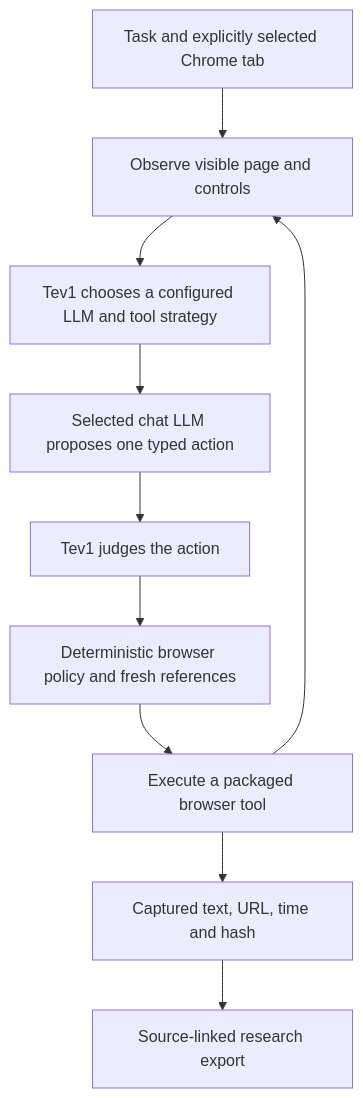
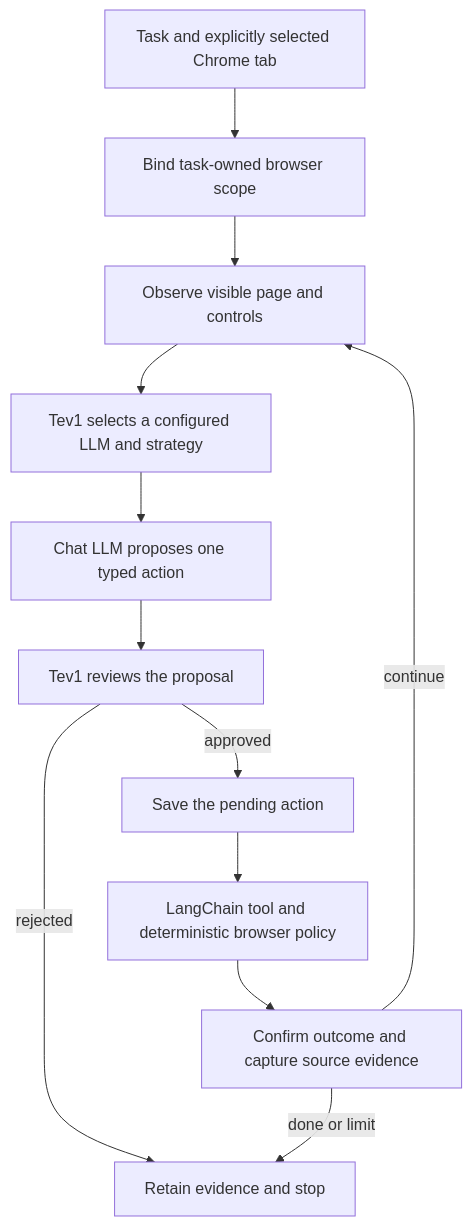
The diagram in README.md (aimanyounises1/ollama-copilot), drawn with Mermaid before and after one commit. The commit also changed other lines of this file and 24 other files, not shown here.

Commit message:
Build Chrome workflow with LangChain and LangGraph

````diff
--- a/README.md
+++ b/README.md
@@ -9,12 +9,14 @@
 ```mermaid
 flowchart TD
-  Task[Task and explicitly selected Chrome tab] --> Observe[Observe visible page and controls]
-  Observe --> Route[Tev1 chooses a configured LLM and tool strategy]
-  Route --> Plan[Selected chat LLM proposes one typed action]
-  Plan --> Judge[Tev1 judges the action]
-  Judge --> Policy[Deterministic browser policy and fresh references]
-  Policy --> Execute[Execute a packaged browser tool]
-  Execute --> Observe
-  Execute --> Capture[Captured text, URL, time and hash]
-  Capture --> Export[Source-linked research export]
+  Task[Task and explicitly selected Chrome tab] --> Bind[Bind task-owned browser scope]
+  Bind --> Observe[Observe visible page and controls]
+  Observe --> Route[Tev1 selects a configured LLM and strategy]
+  Route --> Plan[Chat LLM proposes one typed action]
+  Plan --> Judge[Tev1 reviews the proposal]
+  Judge -->|approved| Checkpoint[Save the pending action]
+  Judge -->|rejected| Finish[Retain evidence and stop]
+  Checkpoint --> Tool[LangChain tool and deterministic browser policy]
+  Tool --> Capture[Confirm outcome and capture source evidence]
+  Capture -->|continue| Observe
+  Capture -->|done or limit| Finish
 ```
````
